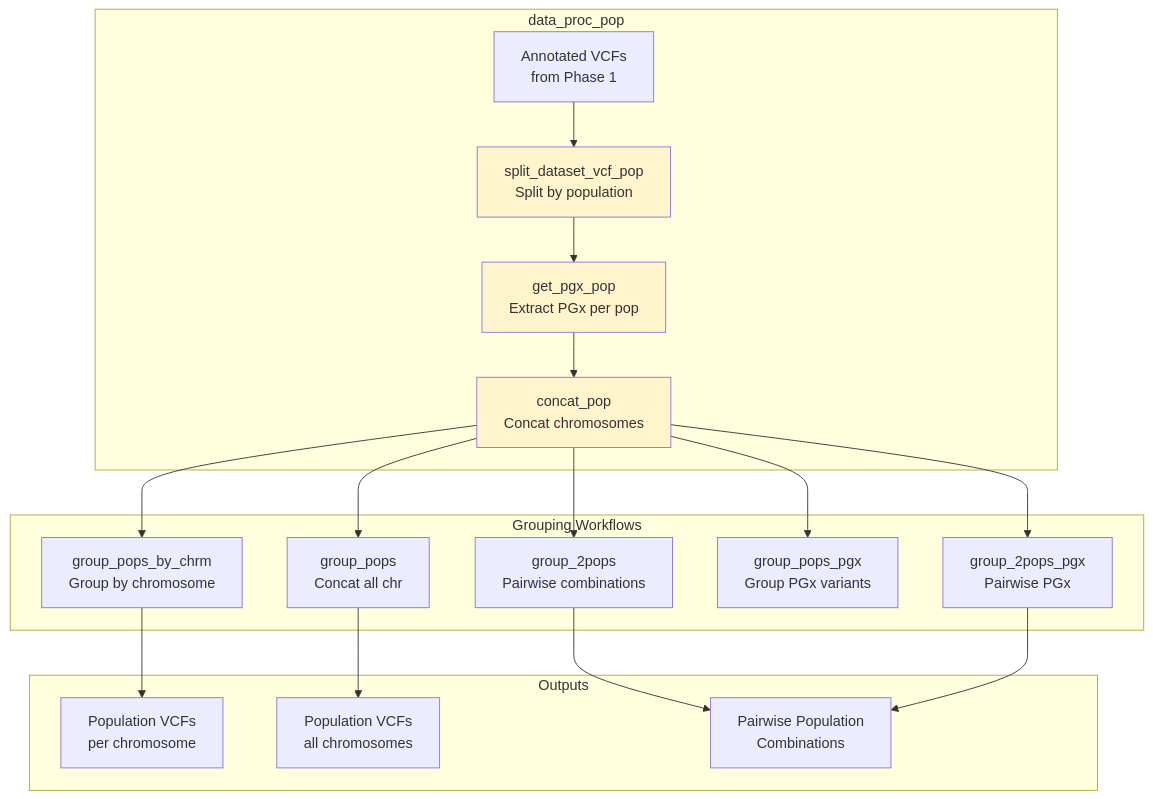
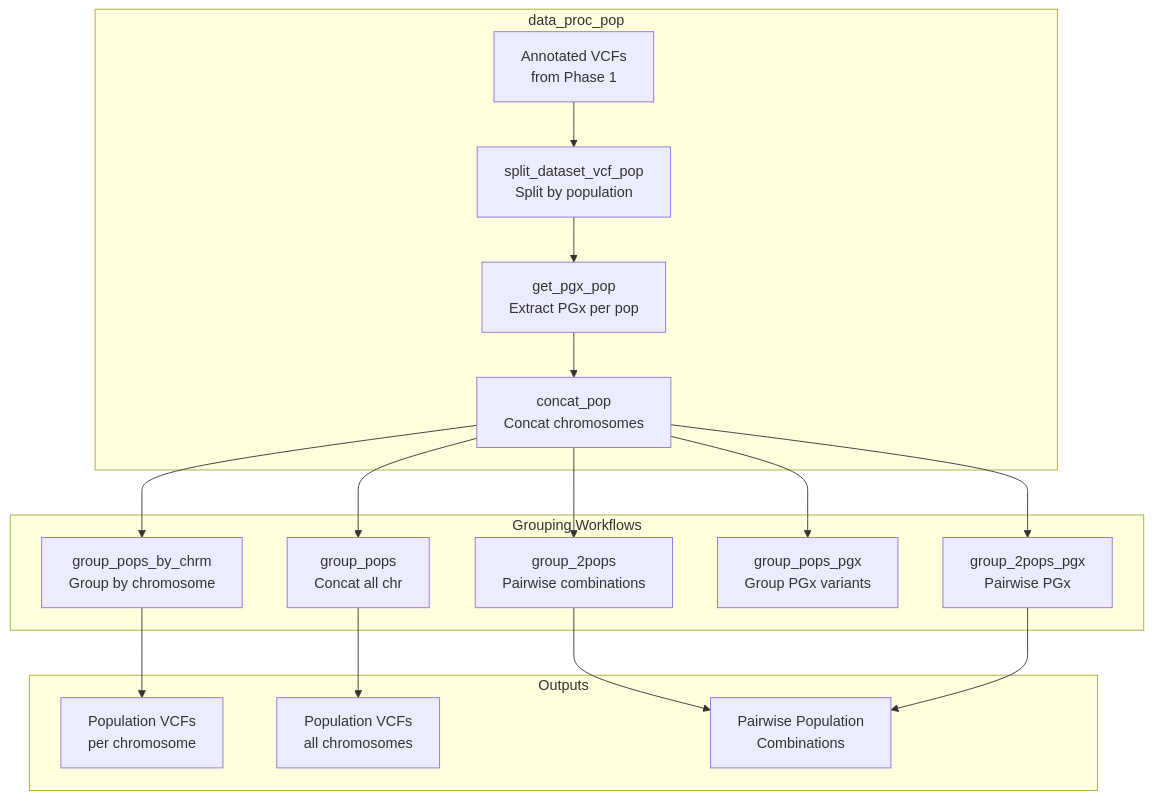
The third of 8 diagrams in docs/WORKFLOW_GRAPH.md (mamanambiya/exome_aibst_b38), drawn with Mermaid before and after one commit. The commit also changed other lines of this file, not shown here.

First line of the commit message:
docs: remove low-contrast fill colours from workflow graph

````diff
--- a/docs/WORKFLOW_GRAPH.md
+++ b/docs/WORKFLOW_GRAPH.md
@@ -87,32 +76,29 @@
 ```mermaid
 graph TB
     subgraph "data_proc_pop"
         AnnVCF[Annotated VCFs<br/>from Phase 1] --> SplitPop[split_dataset_vcf_pop<br/>Split by population]
         SplitPop --> ExtractPGx[get_pgx_pop<br/>Extract PGx per pop]
         ExtractPGx --> ConcatPop[concat_pop<br/>Concat chromosomes]
     end
     
     subgraph "Grouping Workflows"
         ConcatPop --> GroupChrm[group_pops_by_chrm<br/>Group by chromosome]
         ConcatPop --> GroupAll[group_pops<br/>Concat all chr]
         ConcatPop --> Group2Pop[group_2pops<br/>Pairwise combinations]
         
         ConcatPop --> GroupPGx[group_pops_pgx<br/>Group PGx variants]
         ConcatPop --> Group2PGx[group_2pops_pgx<br/>Pairwise PGx]
     end
     
     subgraph "Outputs"
         OUT1[Population VCFs<br/>per chromosome]
         OUT2[Population VCFs<br/>all chromosomes]
         OUT3[Pairwise Population<br/>Combinations]
     end
     
     GroupChrm --> OUT1
     GroupAll --> OUT2
     Group2Pop --> OUT3
     Group2PGx --> OUT3
     
-    style SplitPop fill:#fff4cc
-    style ExtractPGx fill:#fff4cc
-    style ConcatPop fill:#fff4cc
 ```
````
